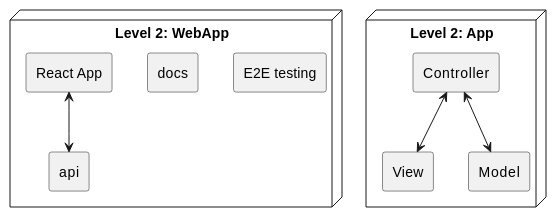
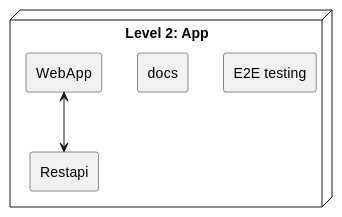
One commit to Arquisoft/radarin_es3b changed the second of 3 diagrams in webapp/docs/05_building_block_view.adoc. Above: the diagram before and after it, drawn with PlantUML. The commit also changed other lines of this file and 1 other file, not shown here.

```diff
--- a/webapp/docs/05_building_block_view.adoc
+++ b/webapp/docs/05_building_block_view.adoc
@@ -23,19 +37,12 @@
 [plantuml, "block level 2", png]
 ----
 @startuml
-Node "Level 2: WebApp" as WebApp2 {
+Node "Level 2: App" as WebApp2 {
 rectangle "E2E testing"
 rectangle "docs"
-rectangle "React App" as react
-rectangle "api"
+rectangle "WebApp" as react
+rectangle "Restapi"
 }
-Node "Level 2: App" as App2 {
-rectangle View
-rectangle Model
-rectangle Controller
-}
-react <--> api
-Controller <--> View
-Controller <--> Model
+react <--> Restapi
 @enduml
 ----
```
